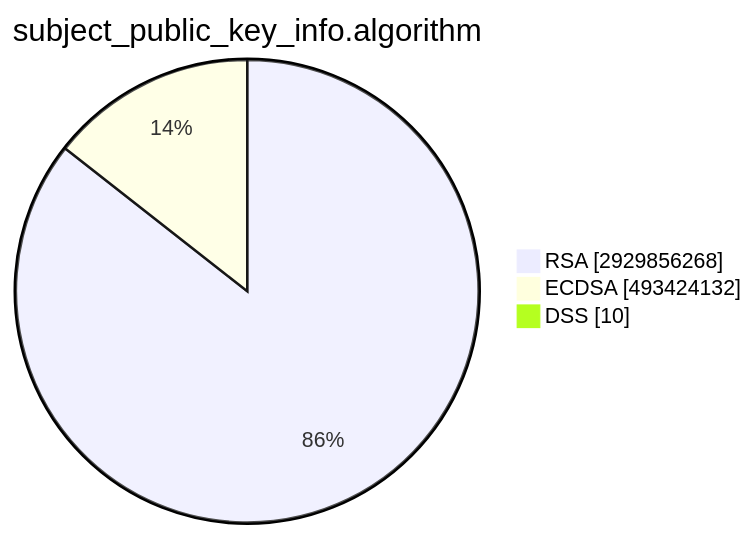
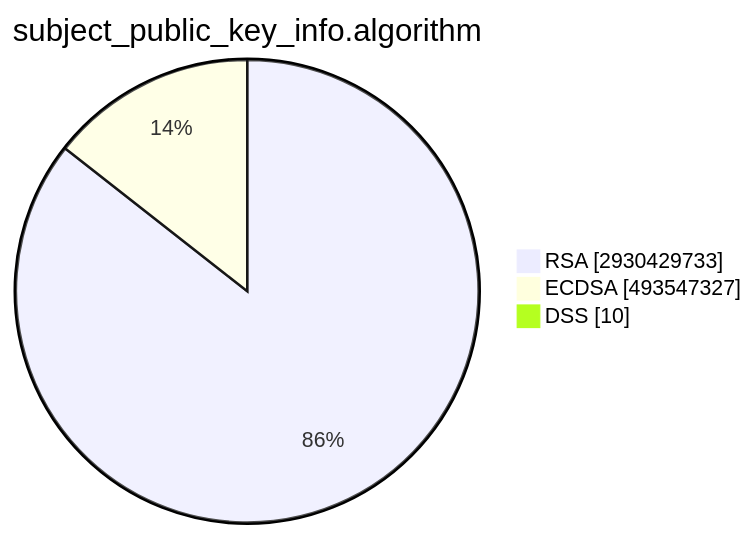
One commit to christiankrug/ctmonitor_visualization changed the second of 15 diagrams in TOTAL/README.md. Above: the diagram before and after it, drawn with Mermaid. The commit also changed other lines of this file, not shown here.

````diff
--- a/TOTAL/README.md
+++ b/TOTAL/README.md
@@ -6,7 +6,7 @@
 ```mermaid
 pie showData
 title subject_public_key_info.algorithm
-"RSA" :2929856268
-"ECDSA" :493424132
+"RSA" :2930429733
+"ECDSA" :493547327
 "DSS" :10
 ```
````
